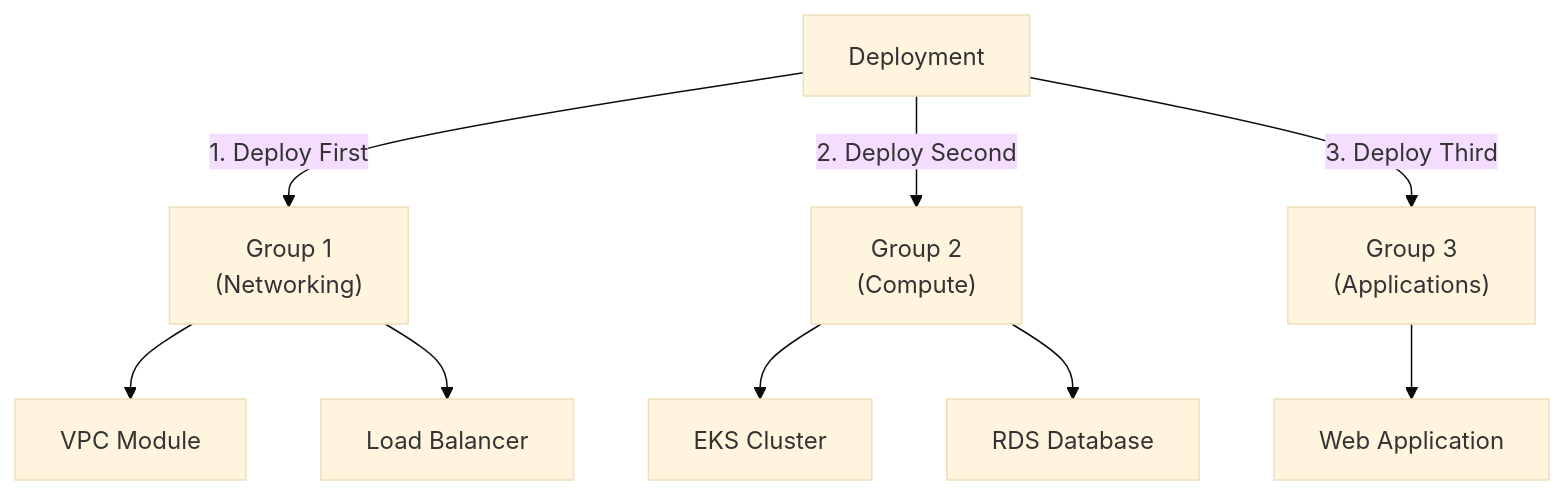
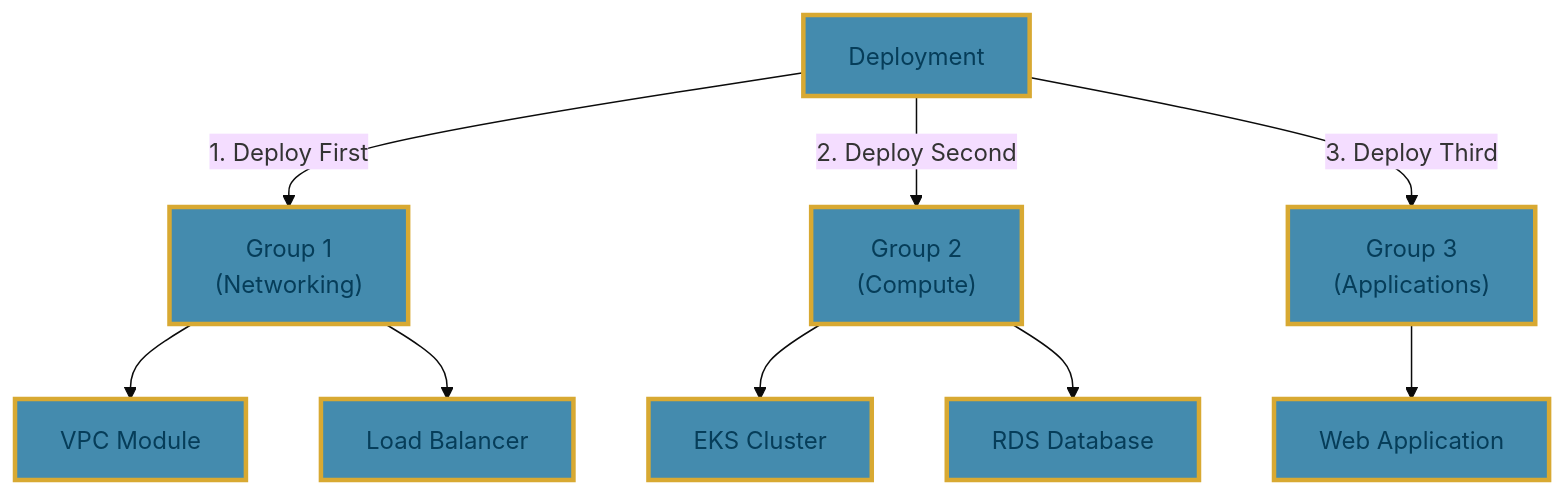
Before and after one commit to dgraeber/seed-farmer: the third of 3 diagrams in docs_v2/docs/concepts/architecture.md, drawn with Mermaid (base theme). The commit also changed other lines of this file, not shown here.

Commit message:
chore: color schemes

````diff
--- a/docs_v2/docs/concepts/architecture.md
+++ b/docs_v2/docs/concepts/architecture.md
@@ -154,16 +161,23 @@
 ```mermaid
 graph TD
-    SF[Deployment] 
-    
+    SF[Deployment]
+
     SF -->|"1. Deploy First"| G1["Group 1<br/>(Networking)"]
     SF -->|"2. Deploy Second"| G2["Group 2<br/>(Compute)"]
     SF -->|"3. Deploy Third"| G3["Group 3<br/>(Applications)"]
-    
+
     G1 --> M1[VPC Module]
     G1 --> M3[Load Balancer]
-    
+
     G2 --> M4[EKS Cluster]
     G2 --> M5[RDS Database]
-    
+
     G3 --> M6[Web Application]
+
+    %% Global style: Same fill, stroke, text color
+    classDef uniform fill:#448bae,stroke:#d8a932,stroke-width:3px,color:#063d59;
+
+    %% Apply the style to all nodes
+    class SF,G1,G2,G3,M1,M3,M4,M5,M6 uniform;
+
 ```
````
